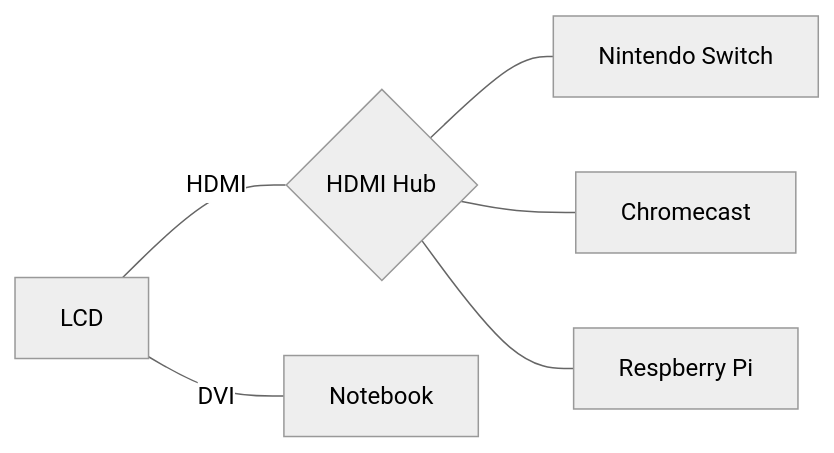
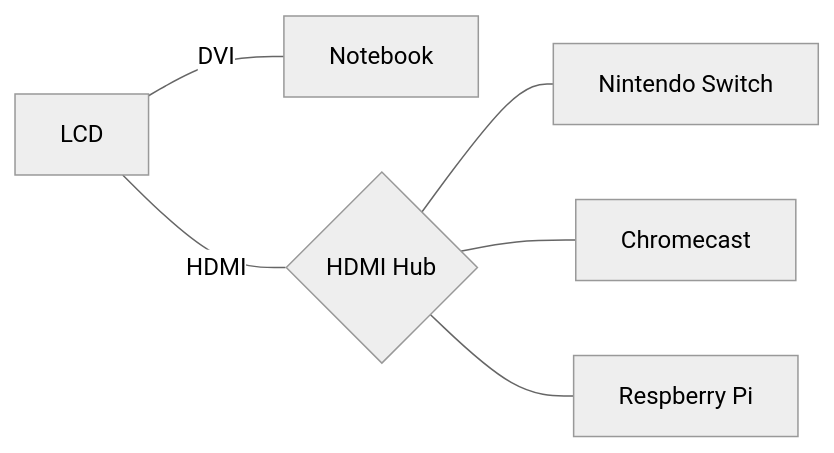
Before and after one commit to gasolin/blog: the diagram in source/_posts/tooling-in-2018-feb.md, drawn with Mermaid (neutral theme).

```diff
--- a/source/_posts/tooling-in-2018-feb.md
+++ b/source/_posts/tooling-in-2018-feb.md
@@ -36,8 +36,8 @@
 {% mermaid %}
 graph LR
-LCD-- HDMI --- hub{HDMI Hub}
-hub--- ns[Nintendo Switch]
-hub--- Chromecast
-hub--- rpi[Respberry Pi]
 LCD -- DVI --- Notebook
+LCD -- HDMI --- hub{HDMI Hub}
+hub --- ns[Nintendo Switch]
+hub --- Chromecast
+hub --- rpi[Respberry Pi]
 {% endmermaid %}
```
